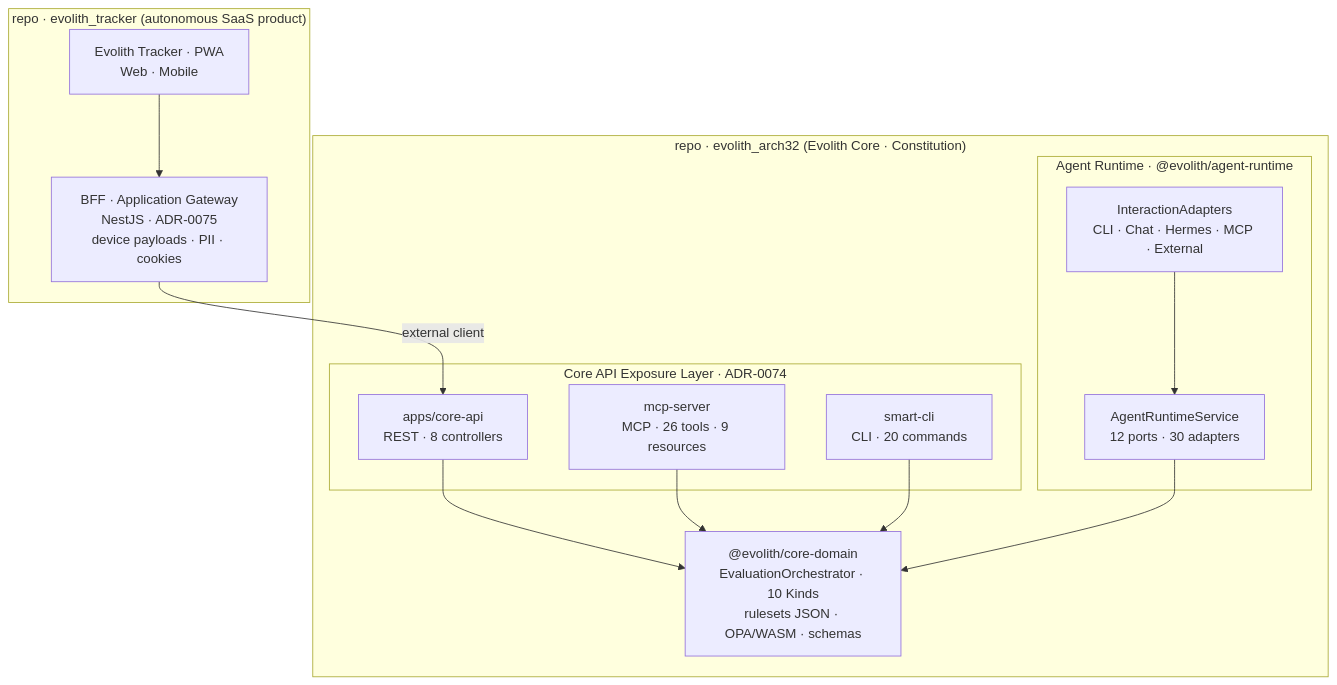
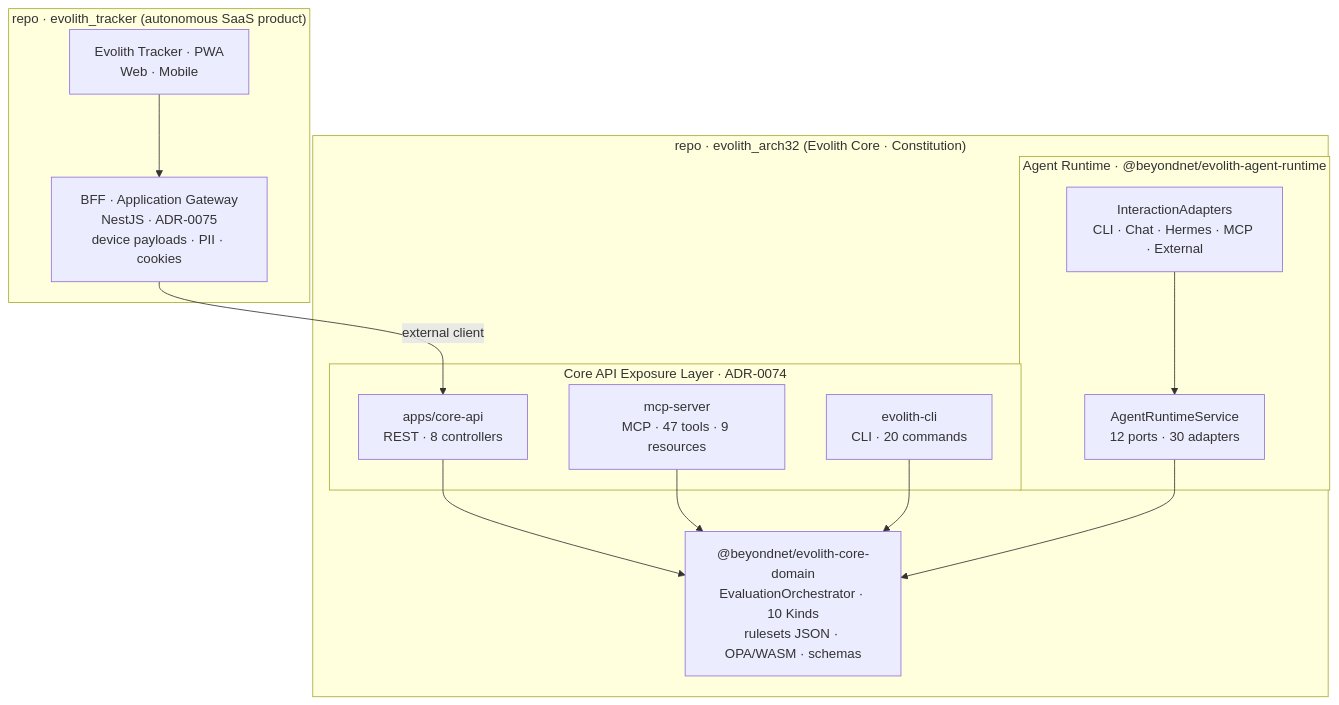
Before and after one commit to beyondnetcode/evolith_arch32: the diagram in product/suite/vision/evolith-product-vision-master.md, drawn with Mermaid. The commit also changed other lines of this file and 195 other files, not shown here.

First line of the commit message:
refactor(brand): align "Smart CLI" → "Evolith CLI" across docs, code, npm, and assemblies

````diff
--- a/product/suite/vision/evolith-product-vision-master.md
+++ b/product/suite/vision/evolith-product-vision-master.md
@@ -121,24 +121,24 @@
 ```mermaid
 flowchart TB
   subgraph TRK["repo · evolith_tracker (autonomous SaaS product)"]
     PWA["Evolith Tracker · PWA<br/>Web · Mobile"] --> BFF["BFF · Application Gateway<br/>NestJS · ADR-0075<br/>device payloads · PII · cookies"]
   end
   subgraph CORE["repo · evolith_arch32 (Evolith Core · Constitution)"]
     subgraph EXP["Core API Exposure Layer · ADR-0074"]
       API["apps/core-api<br/>REST · 8 controllers"]
-      MCP["mcp-server<br/>MCP · 26 tools · 9 resources"]
-      CLI["smart-cli<br/>CLI · 20 commands"]
+      MCP["mcp-server<br/>MCP · 47 tools · 9 resources"]
+      CLI["evolith-cli<br/>CLI · 20 commands"]
     end
-    subgraph RT["Agent Runtime · @evolith/agent-runtime"]
+    subgraph RT["Agent Runtime · @beyondnet/evolith-agent-runtime"]
       ARS["AgentRuntimeService<br/>12 ports · 30 adapters"]
       IA["InteractionAdapters<br/>CLI · Chat · Hermes · MCP · External"]
     end
-    DOM["@evolith/core-domain<br/>EvaluationOrchestrator · 10 Kinds<br/>rulesets JSON · OPA/WASM · schemas"]
+    DOM["@beyondnet/evolith-core-domain<br/>EvaluationOrchestrator · 10 Kinds<br/>rulesets JSON · OPA/WASM · schemas"]
     API --> DOM
     MCP --> DOM
     CLI --> DOM
     ARS --> DOM
     IA --> ARS
   end
   BFF -->|external client| API
 ```
````
